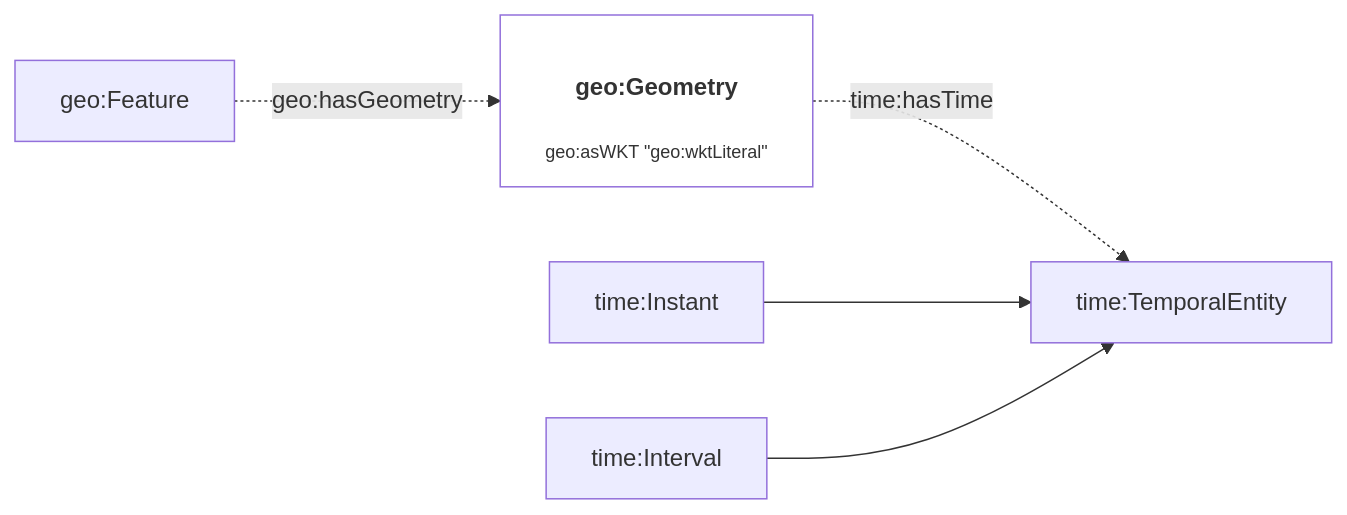
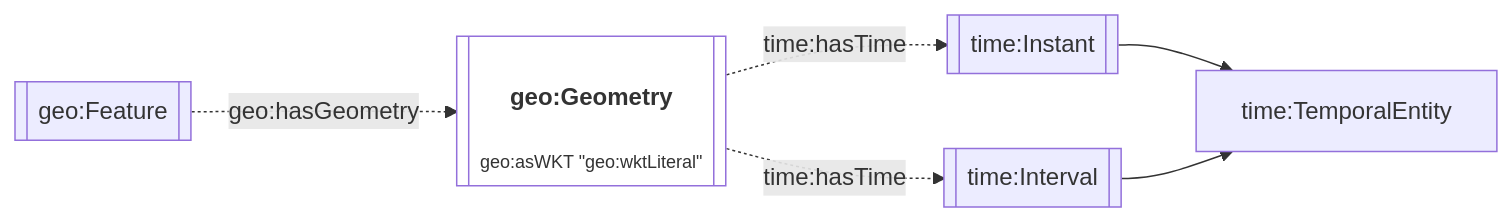
Diagram 11 of 13 in JPS_Ontology/ontology/ontowastemanagement/README.md (cambridge-cares/TheWorldAvatar), drawn with Mermaid before and after one commit. The commit also changed other lines of this file and 2 other files, not shown here.

````diff
--- a/JPS_Ontology/ontology/ontowastemanagement/README.md
+++ b/JPS_Ontology/ontology/ontowastemanagement/README.md
@@ -445,13 +444,14 @@
 ```mermaid
 flowchart LR
     %% Styling
     classDef literal fill:none
     classDef node overflow-wrap:break-word,text-wrap:pretty
     linkStyle default overflow-wrap:break-word,text-wrap:pretty;
 
     %% Contents
-    Feature[geo:Feature] -. geo:hasGeometry .-> Geometry["<h4>geo:Geometry</h4><p style='font-size:0.75rem;'>geo:asWKT &quot;geo:wktLiteral&quot;</p>"]:::literal
-    Geometry -. time:hasTime .-> TemporalEntity[time:TemporalEntity]
-    time:Instant --> TemporalEntity
-    time:Interval --> TemporalEntity
+    Feature[[geo:Feature]] -. geo:hasGeometry .-> Geometry[["<h4>geo:Geometry</h4><p style='font-size:0.75rem;'>geo:asWKT &quot;geo:wktLiteral&quot;</p>"]]:::literal
+    Geometry -. time:hasTime .-> Instant[[time:Instant]]
+    Geometry -. time:hasTime .-> Interval[[time:Interval]]
+    Instant --> TemporalEntity[time:TemporalEntity]
+    Interval --> TemporalEntity
 ```
````
